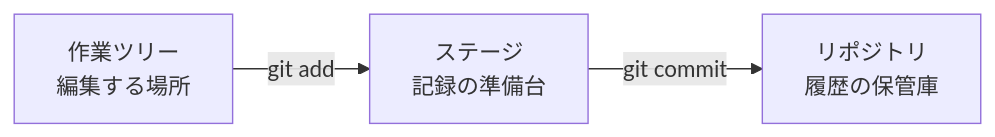
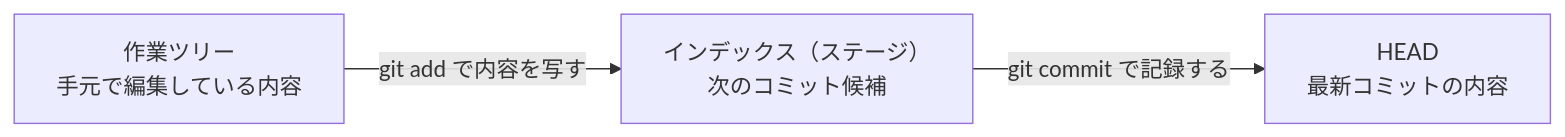
Before and after one commit to kwaka1208/zenn: the diagram in books/git-github-tutorial/03_first-repo.md, drawn with Mermaid. The commit also changed other lines of this file and 17 other files, not shown here.

````diff
--- a/books/git-github-tutorial/03_first-repo.md
+++ b/books/git-github-tutorial/03_first-repo.md
@@ -231,5 +229,5 @@
 ```mermaid
 flowchart LR
-    W["作業ツリー<br/>編集する場所"] -- "git add" --> S["ステージ<br/>記録の準備台"]
-    S -- "git commit" --> R["リポジトリ<br/>履歴の保管庫"]
+    W["作業ツリー<br/>手元で編集している内容"] -- "git add で内容を写す" --> I["インデックス（ステージ）<br/>次のコミット候補"]
+    I -- "git commit で記録する" --> H["HEAD<br/>最新コミットの内容"]
 ```
````
